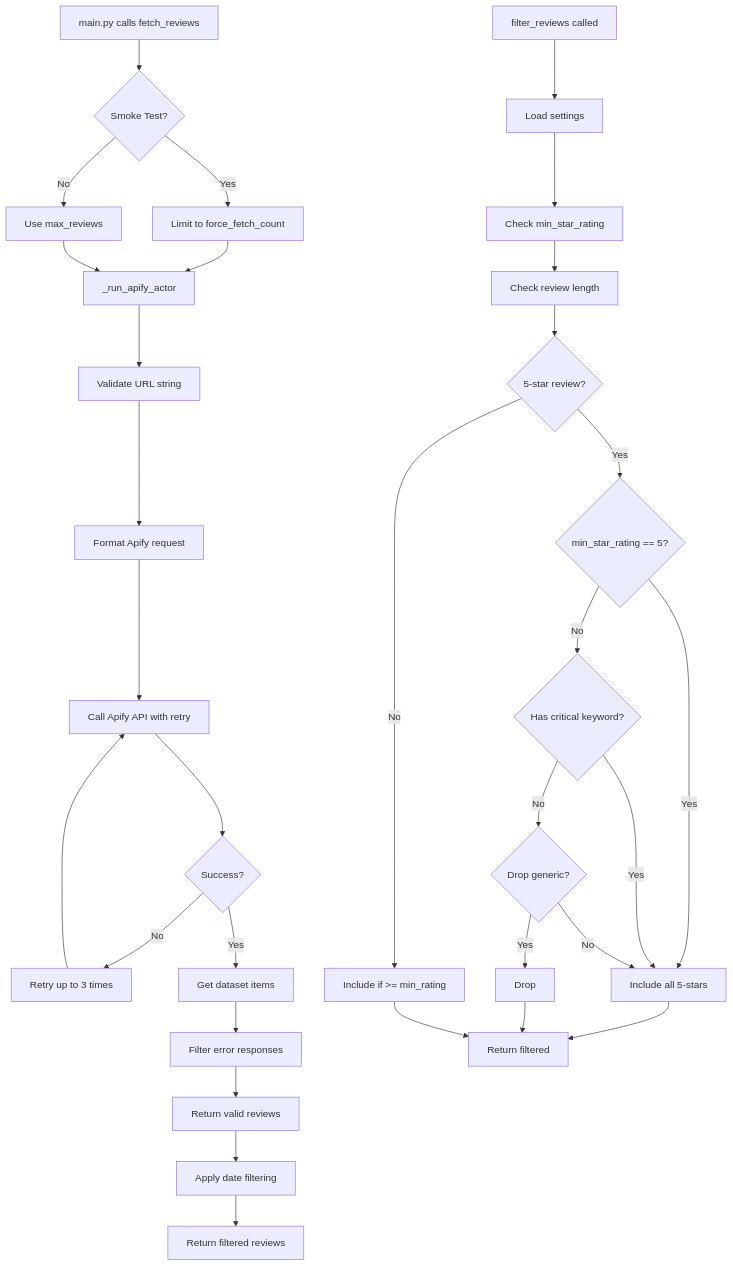
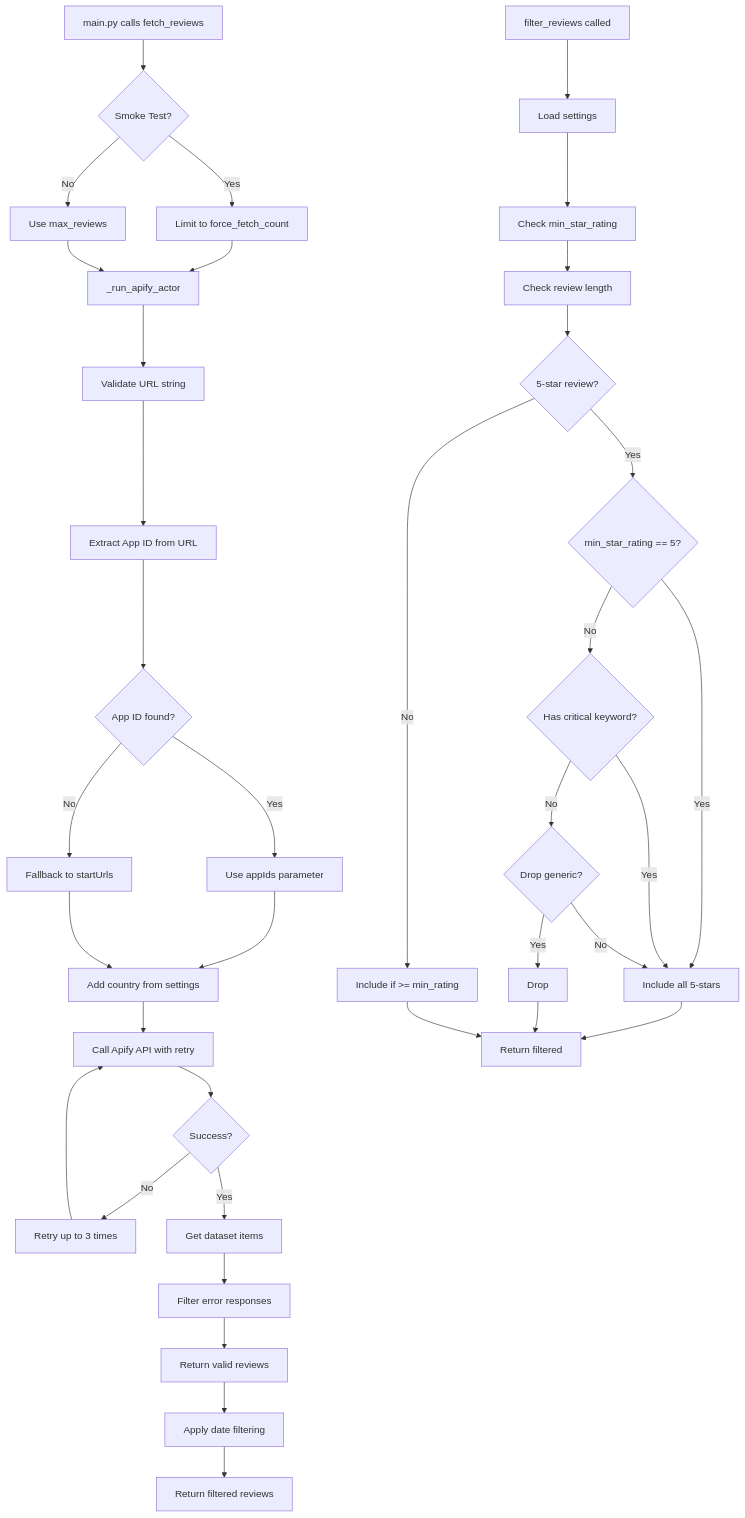
One commit to chrislongnguyen/long-apify-appstore-scraper changed the first of 4 diagrams in docs/ai/implementation/knowledge-fetcher.md. Above: the diagram before and after it, drawn with Mermaid. The commit also changed other lines of this file and 31 other files, not shown here.

````diff
--- a/docs/ai/implementation/knowledge-fetcher.md
+++ b/docs/ai/implementation/knowledge-fetcher.md
@@ -97,35 +113,40 @@
 ```mermaid
 graph TD
     A[main.py calls fetch_reviews] --> B{Smoke Test?}
     B -->|Yes| C[Limit to force_fetch_count]
     B -->|No| D[Use max_reviews]
     C --> E[_run_apify_actor]
     D --> E
     E --> F[Validate URL string]
-    F --> G[Format Apify request]
-    G --> H[Call Apify API with retry]
-    H --> I{Success?}
-    I -->|No| J[Retry up to 3 times]
-    J --> H
-    I -->|Yes| K[Get dataset items]
-    K --> L[Filter error responses]
-    L --> M[Return valid reviews]
-    M --> N[Apply date filtering]
-    N --> O[Return filtered reviews]
+    F --> G[Extract App ID from URL]
+    G --> H{App ID found?}
+    H -->|Yes| I[Use appIds parameter]
+    H -->|No| J[Fallback to startUrls]
+    I --> K[Add country from settings]
+    J --> K
+    K --> L[Call Apify API with retry]
+    L --> M{Success?}
+    M -->|No| N[Retry up to 3 times]
+    N --> L
+    M -->|Yes| O[Get dataset items]
+    O --> P[Filter error responses]
+    P --> Q[Return valid reviews]
+    Q --> R[Apply date filtering]
+    R --> S[Return filtered reviews]
     
-    P[filter_reviews called] --> Q[Load settings]
-    Q --> R[Check min_star_rating]
-    R --> S[Check review length]
-    S --> T{5-star review?}
-    T -->|Yes| U{min_star_rating == 5?}
-    U -->|Yes| V[Include all 5-stars]
-    U -->|No| W{Has critical keyword?}
-    W -->|Yes| V
-    W -->|No| X{Drop generic?}
-    X -->|Yes| Y[Drop]
-    X -->|No| V
-    T -->|No| Z[Include if >= min_rating]
-    V --> AA[Return filtered]
-    Y --> AA
-    Z --> AA
+    T[filter_reviews called] --> U[Load settings]
+    U --> V[Check min_star_rating]
+    V --> W[Check review length]
+    W --> X{5-star review?}
+    X -->|Yes| Y{min_star_rating == 5?}
+    Y -->|Yes| Z[Include all 5-stars]
+    Y -->|No| AA{Has critical keyword?}
+    AA -->|Yes| Z
+    AA -->|No| AB{Drop generic?}
+    AB -->|Yes| AC[Drop]
+    AB -->|No| Z
+    X -->|No| AD[Include if >= min_rating]
+    Z --> AE[Return filtered]
+    AC --> AE
+    AD --> AE
 ```
````
